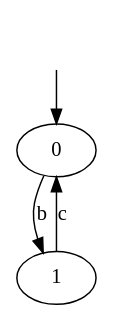
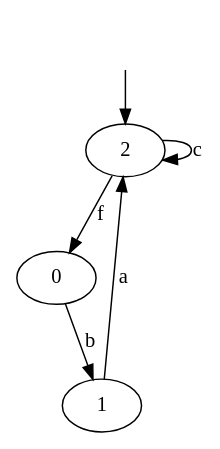
Before and after one commit to RaffestinR/OpTaf: the diagram in out/artifacts/OpTaf/S2.dot, drawn with Graphviz. The commit also changed 16 other files, not shown here.

```diff
--- a/out/artifacts/OpTaf/S2.dot
+++ b/out/artifacts/OpTaf/S2.dot
@@ -1,6 +1,8 @@
 digraph system {
-_0[label="", shape=none ];
-_0->0;
+_2[label="", shape=none ];
+_2->2;
 0->1 [label= "b"];
-1->0 [label= "c"];
+1->2 [label= "a"];
+2->0 [label= "f"];
+2->2 [label= "c"];
 }
```
